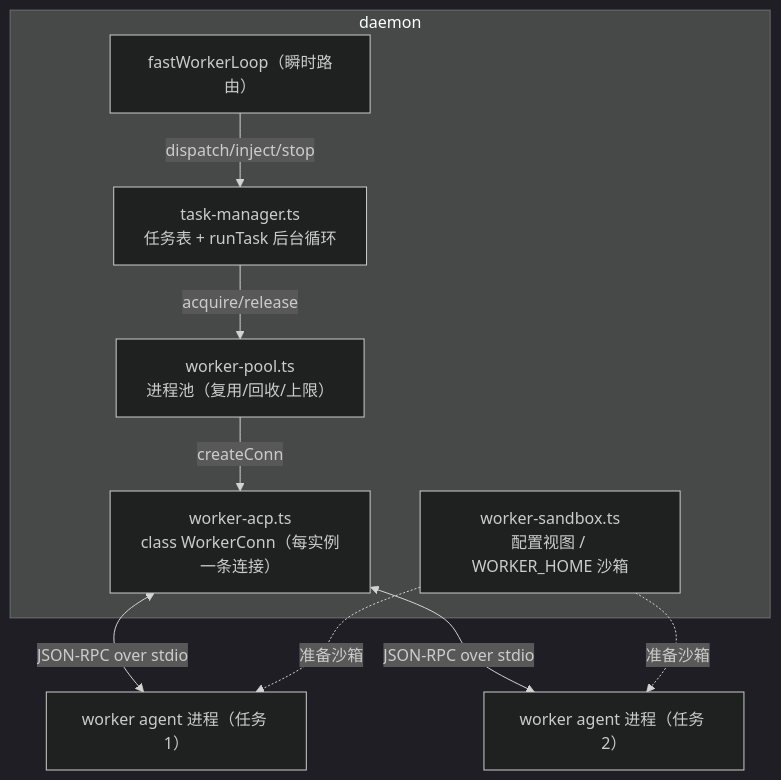
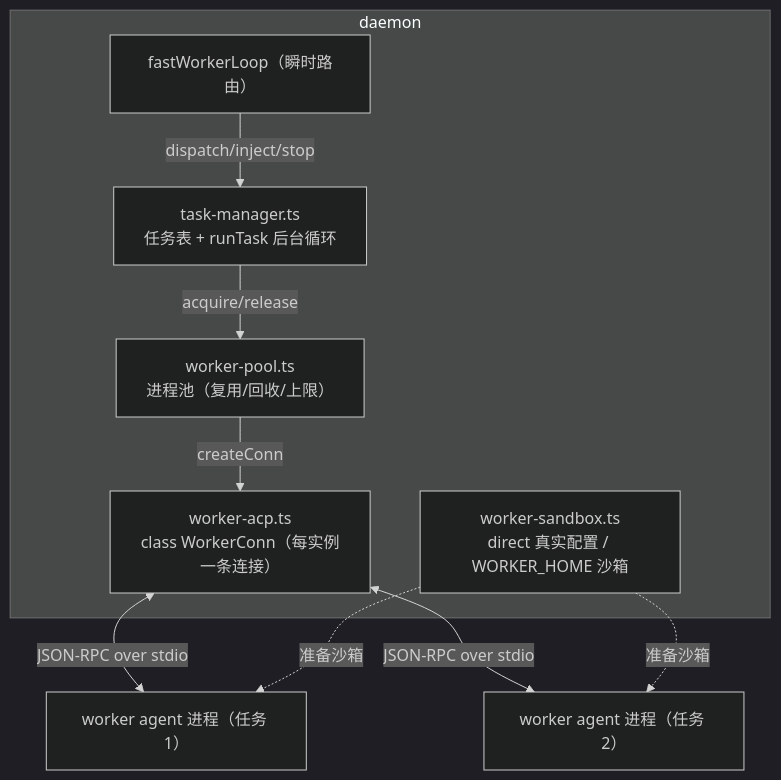
Before and after one commit to imwangpan/WeMind: the first of 4 diagrams in docs/repowiki/07-远程任务-Worker.md, drawn with Mermaid (dark theme). The commit also changed other lines of this file and 81 other files, not shown here.

Commit message:
refactor(agent-parity): 移除 view 模式并统一 direct/sandbox

````diff
--- a/docs/repowiki/07-远程任务-Worker.md
+++ b/docs/repowiki/07-远程任务-Worker.md
@@ -46,19 +46,19 @@
 ```mermaid
 graph TD
     subgraph daemon
         WL["fastWorkerLoop（瞬时路由）"]
         TM["task-manager.ts<br/>任务表 + runTask 后台循环"]
         POOL["worker-pool.ts<br/>进程池（复用/回收/上限）"]
         WA["worker-acp.ts<br/>class WorkerConn（每实例一条连接）"]
-        SB["worker-sandbox.ts<br/>配置视图 / WORKER_HOME 沙箱"]
+        SB["worker-sandbox.ts<br/>direct 真实配置 / WORKER_HOME 沙箱"]
     end
     W1["worker agent 进程（任务 1）"]
     W2["worker agent 进程（任务 2）"]
     WL -->|dispatch/inject/stop| TM
     TM -->|acquire/release| POOL
     POOL -->|createConn| WA
     WA <-->|JSON-RPC over stdio| W1
     WA <-->|JSON-RPC over stdio| W2
     SB -.准备沙箱.-> W1
     SB -.准备沙箱.-> W2
 ```
````
